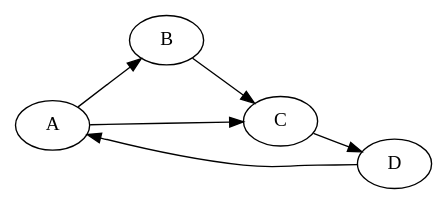
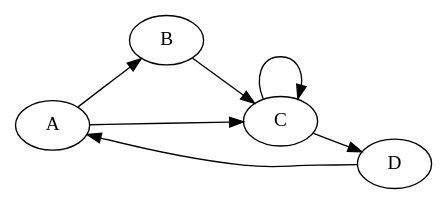
One commit to nicolasguelfi/streamtex changed the diagram in documentation/manuals/stx_manual_advanced/static/diagrams/simple_graph.dot. Above: the diagram before and after it, drawn with Graphviz. The commit also changed 23 other files, not shown here.

```diff
--- a/documentation/manuals/stx_manual_advanced/static/diagrams/simple_graph.dot
+++ b/documentation/manuals/stx_manual_advanced/static/diagrams/simple_graph.dot
@@ -1,10 +1,11 @@
 digraph {
     rankdir=LR
     ranksep=0.4
     nodesep=0.4
     A -> B
     B -> C
     C -> D
     D -> A
     A -> C
+    C -> C
 }
```
